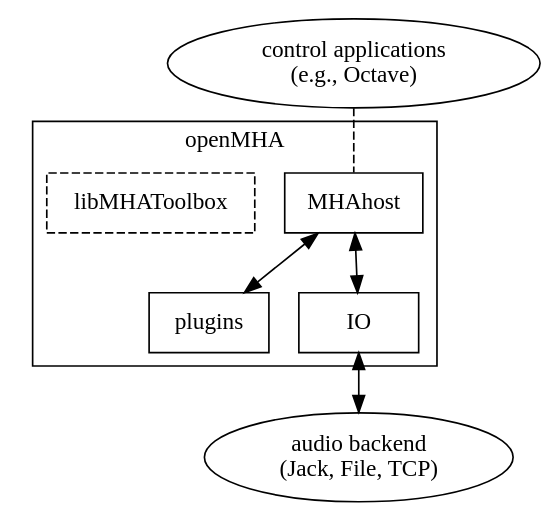
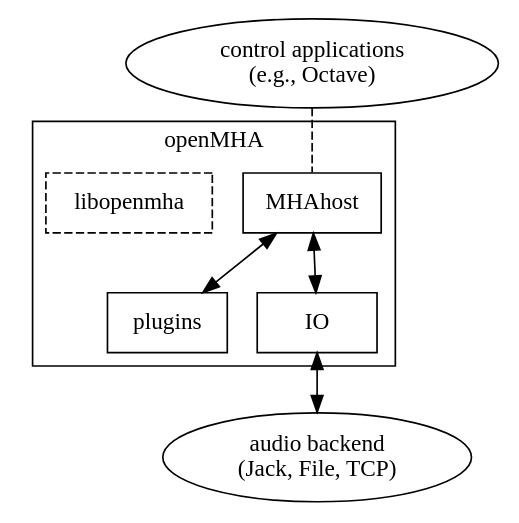
The diagram in mha/doc/images/structure_openmha.dot (HoerTech-gGmbH/openMHA), drawn with Graphviz before and after one commit. The commit also changed 5 other files, not shown here.

Commit message:
rename libMHAToolbox to libopenmha

```diff
--- a/mha/doc/images/structure_openmha.dot
+++ b/mha/doc/images/structure_openmha.dot
@@ -1,43 +1,57 @@
+// This file is part of the Open HörTech Master Hearing Aid (openMHA)
+// Copyright © 2017 HörTech gGmbH
+//
+// openMHA is free software: you can redistribute it and/or modify
+// it under the terms of the GNU Affero General Public License as published by
+// the Free Software Foundation, version 3 of the License.
+//
+// openMHA is distributed in the hope that it will be useful,
+// but WITHOUT ANY WARRANTY; without even the implied warranty of
+// MERCHANTABILITY or FITNESS FOR A PARTICULAR PURPOSE.  See the
+// GNU Affero General Public License, version 3 for more details.
+//
+// You should have received a copy of the GNU Affero General Public License, 
+// version 3 along with openMHA.  If not, see <http://www.gnu.org/licenses/>.
+
 graph openmha {
 
   margin = "0";
   splines = "line";
 
   subgraph cluster_openmha {
 
     margin = "8";
     label = "openMHA";
 
     {
       node [shape="box",width="1",height="0.5"];
 
       plugins;
       IO;
       MHAhost;
-      libMHAToolbox [style="dashed"];
+      libopenmha [style="dashed"];
     };
-
-    //libMHAToolbox -- MHAhost:w [style="dashed"];
-    //libMHAToolbox -- plugins:w [style="dashed"];
-    //libMHAToolbox -- IO:w [style="dashed"];
 
   };
 
   config [label="control applications\n(e.g., Octave)"];
 
   
   audiobackend [label="audio backend\n(Jack, File, TCP)"];
 
 
   MHAhost -- IO [dir="both"];
   config -- MHAhost [style="dashed"];
   MHAhost -- plugins [dir="both"];
   
 
   IO -- audiobackend [dir="both"];
 
 }
 
 // Local Variables:
 // mode: c
+// c-basic-offset: 2
+// indent-tabs-mode: nil
+// coding: utf-8-unix
 // End:
```
